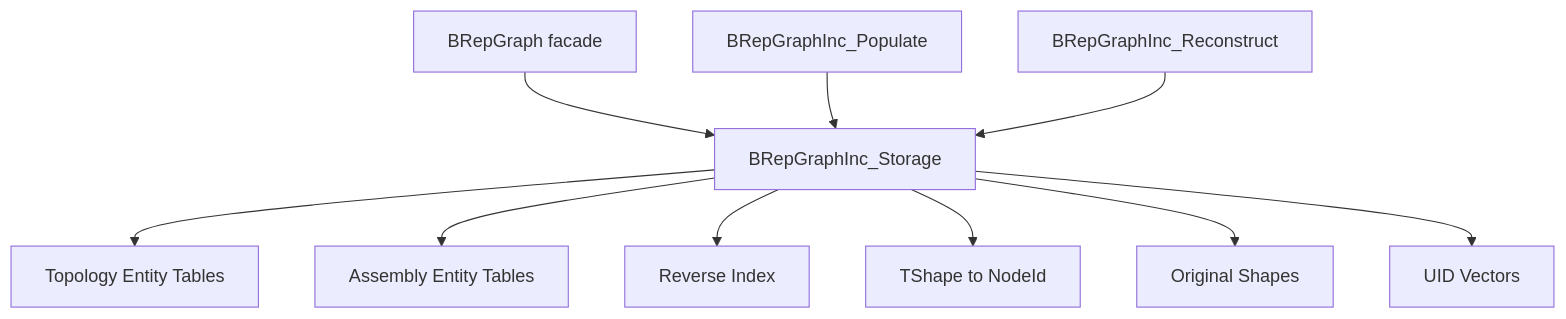
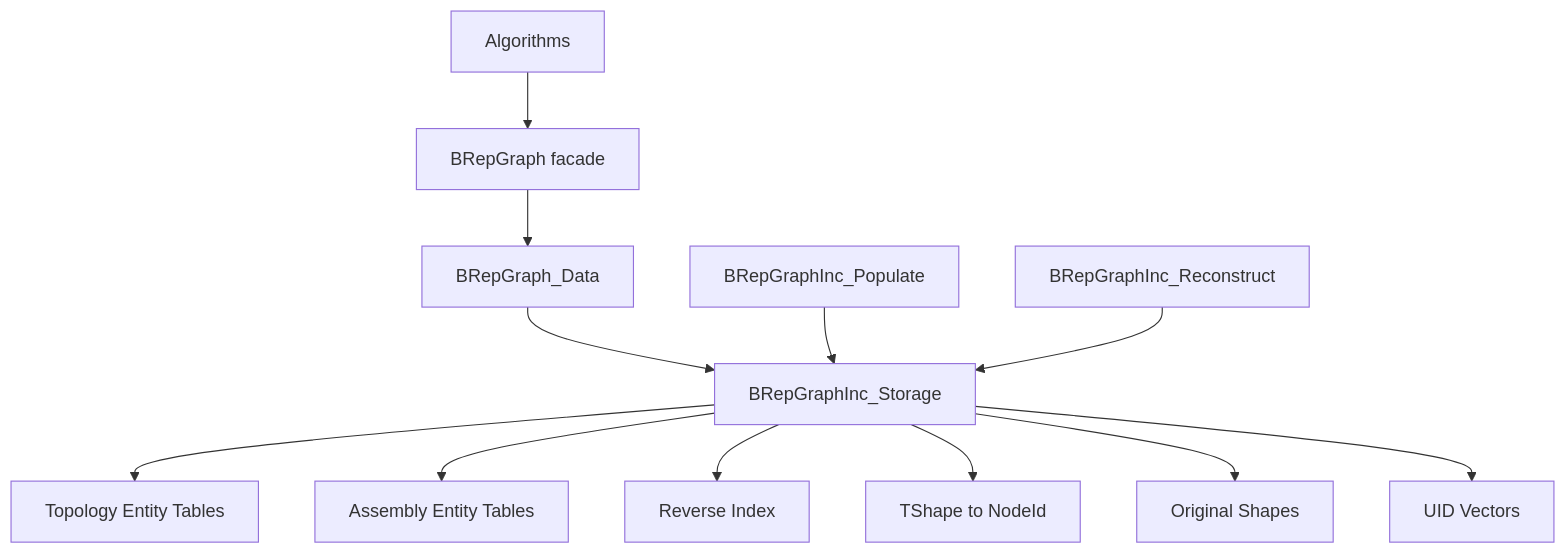
The first of 5 diagrams in src/ModelingData/TKBRep/BRepGraphInc/README.md (Open-Cascade-SAS/OCCT), drawn with Mermaid before and after one commit. The commit also changed other lines of this file and 3 other files, not shown here.

First line of the commit message:
Refactor BRepGraphInc architecture and documentation

````diff
--- a/src/ModelingData/TKBRep/BRepGraphInc/README.md
+++ b/src/ModelingData/TKBRep/BRepGraphInc/README.md
@@ -19,14 +22,16 @@
 ```mermaid
 flowchart TB
-	F[BRepGraph facade] --> S[BRepGraphInc_Storage]
+  A[Algorithms] --> G[BRepGraph facade]
+  G --> D[BRepGraph_Data]
+  D --> S[BRepGraphInc_Storage]
 
-	S --> E[Topology Entity Tables]
-	S --> A[Assembly Entity Tables]
-	S --> R[Reverse Index]
-	S --> M[TShape to NodeId]
-	S --> O[Original Shapes]
-	S --> U[UID Vectors]
+  S --> E[Topology Entity Tables]
+  S --> AS[Assembly Entity Tables]
+  S --> RX[Reverse Index]
+  S --> TM[TShape to NodeId]
+  S --> OR[Original Shapes]
+  S --> UID[UID Vectors]
 
-	P[BRepGraphInc_Populate] --> S
-	X[BRepGraphInc_Reconstruct] --> S
+  P[BRepGraphInc_Populate] --> S
+  X[BRepGraphInc_Reconstruct] --> S
 ```
````
